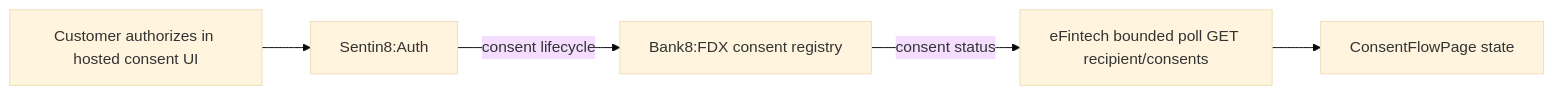
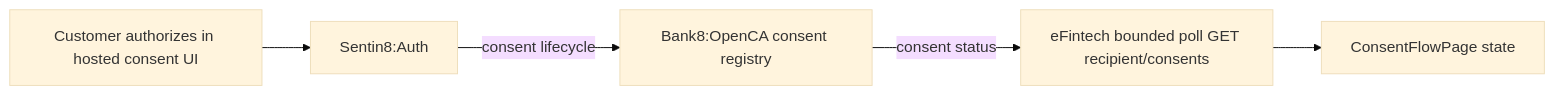
One commit to Bank8-dev/bank8-site changed the fifth of 6 diagrams in docs/apps/efintech/design.md. Above: the diagram before and after it, drawn with Mermaid (base theme). The commit also changed other lines of this file and 300 other files, not shown here.

First line of the commit message:
OBARCH: bank8-fdx -> bank8-open-ca across the site

````diff
--- a/docs/apps/efintech/design.md
+++ b/docs/apps/efintech/design.md
@@ -136,7 +136,7 @@
 ```mermaid
 flowchart LR
     C[Customer authorizes in hosted consent UI] --> AUTH[Sentin8:Auth]
-    AUTH -->|consent lifecycle| FDX[Bank8:FDX consent registry]
+    AUTH -->|consent lifecycle| FDX[Bank8:OpenCA consent registry]
     FDX -->|consent status| POLL[eFintech bounded poll GET recipient/consents]
     POLL --> UI[ConsentFlowPage state]
 ```
````
